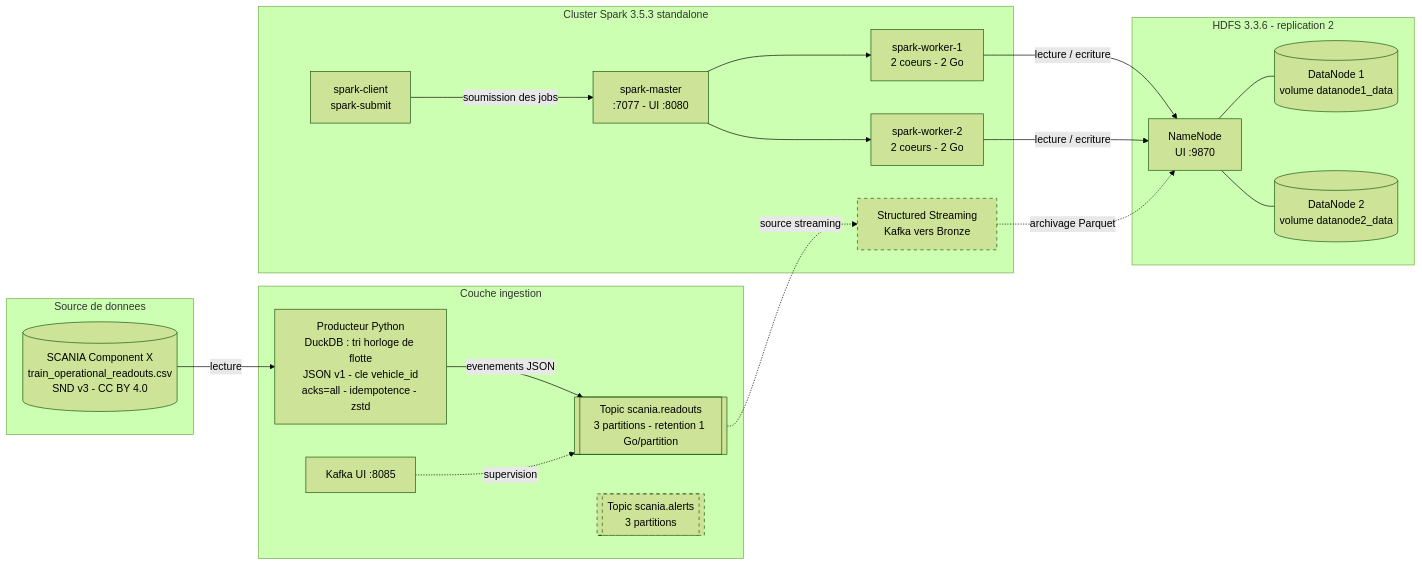
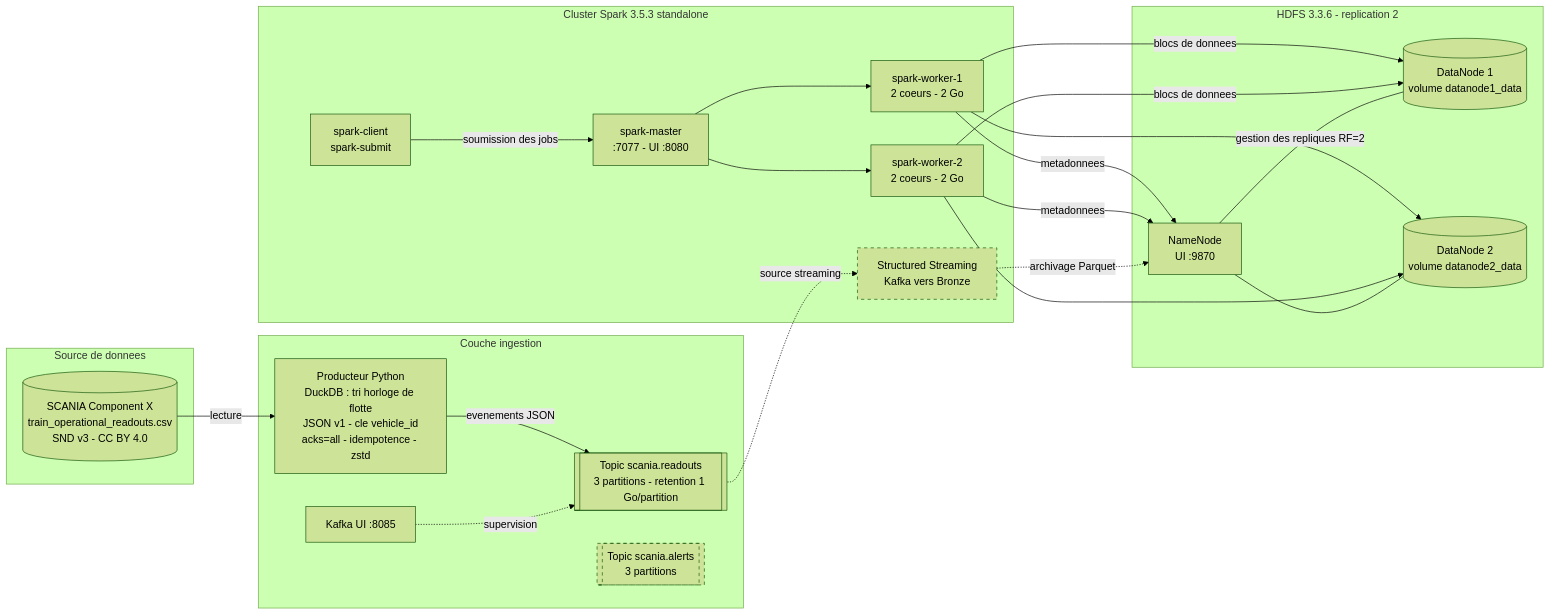
Before and after one commit to douasmhmd/scania-bigdata-platform: the diagram in docs/architecture/README.md, drawn with Mermaid (forest theme).

Commit message:
docs: flux HDFS corrige dans la figure Mermaid

````diff
--- a/docs/architecture/README.md
+++ b/docs/architecture/README.md
@@ -5,42 +5,44 @@
 ```mermaid
 flowchart LR
     subgraph SRC["Source de donnees"]
         CSV[("SCANIA Component X<br/>train_operational_readouts.csv<br/>SND v3 - CC BY 4.0")]
     end
 
     subgraph ING["Couche ingestion"]
         PROD["Producteur Python<br/>DuckDB : tri horloge de flotte<br/>JSON v1 - cle vehicle_id<br/>acks=all - idempotence - zstd"]
         T1[["Topic scania.readouts<br/>3 partitions - retention 1 Go/partition"]]
         T2[["Topic scania.alerts<br/>3 partitions"]]
         UI["Kafka UI :8085"]
     end
 
     subgraph SPARK["Cluster Spark 3.5.3 standalone"]
         SC["spark-client<br/>spark-submit"]
         SM["spark-master<br/>:7077 - UI :8080"]
         W1["spark-worker-1<br/>2 coeurs - 2 Go"]
         W2["spark-worker-2<br/>2 coeurs - 2 Go"]
         SS["Structured Streaming<br/>Kafka vers Bronze"]
     end
 
     subgraph HDFS["HDFS 3.3.6 - replication 2"]
         NN["NameNode<br/>UI :9870"]
         DN1[("DataNode 1<br/>volume datanode1_data")]
         DN2[("DataNode 2<br/>volume datanode2_data")]
     end
 
     CSV -->|lecture| PROD
     PROD -->|evenements JSON| T1
     UI -.->|supervision| T1
     SC -->|soumission des jobs| SM
     SM --> W1
     SM --> W2
-    W1 & W2 -->|lecture / ecriture| NN
-    NN --- DN1
+    W1 & W2 -->|metadonnees| NN
+    W1 & W2 -->|blocs de donnees| DN1
+    W1 & W2 --> DN2
+    NN ---|gestion des repliques RF=2| DN1
     NN --- DN2
     T1 -.->|source streaming| SS
     SS -.->|archivage Parquet| NN
 
     classDef planned stroke-dasharray: 5 5
     class SS,T2 planned
 ```
````
